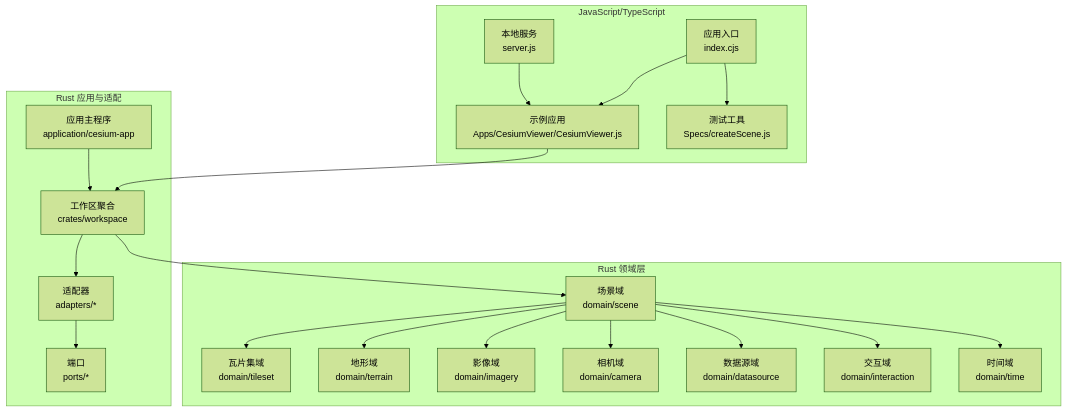
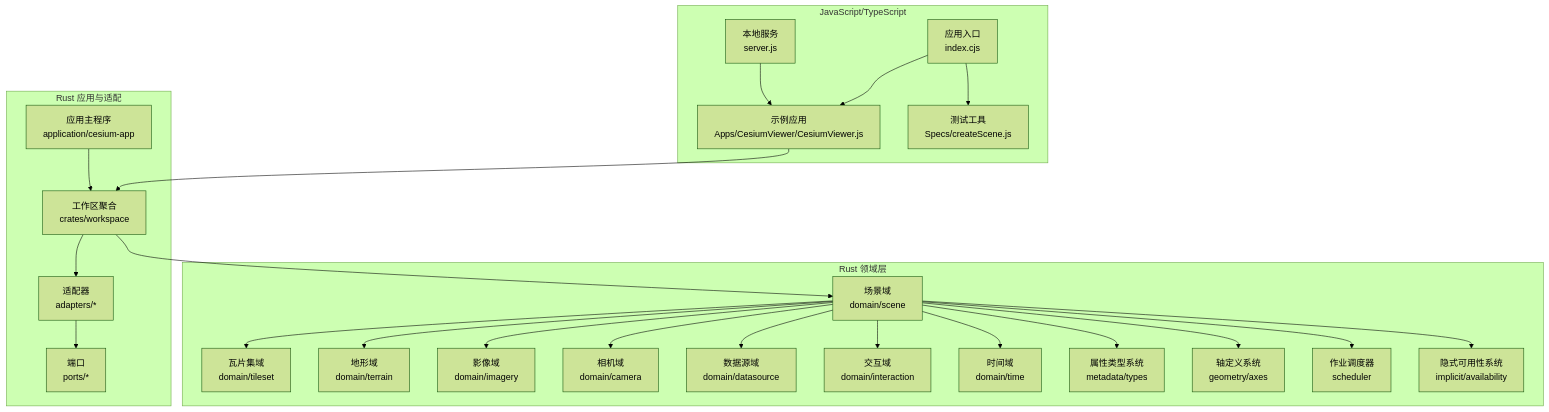
The first of 14 diagrams in .qoder/repowiki/zh/content/场景管理/场景管理架构.md (rzhangjing/cesium), drawn with Mermaid (forest theme) before and after one commit. The commit also changed other lines of this file and 90 other files, not shown here.

````diff
--- a/.qoder/repowiki/zh/content/场景管理/场景管理架构.md
+++ b/.qoder/repowiki/zh/content/场景管理/场景管理架构.md
@@ -46,40 +57,48 @@
 ```mermaid
 graph TB
 subgraph "JavaScript/TypeScript"
 A["应用入口<br/>index.cjs"]
 B["示例应用<br/>Apps/CesiumViewer/CesiumViewer.js"]
 C["本地服务<br/>server.js"]
 D["测试工具<br/>Specs/createScene.js"]
 end
 subgraph "Rust 领域层"
 E["场景域<br/>domain/scene"]
 F["瓦片集域<br/>domain/tileset"]
 G["地形域<br/>domain/terrain"]
 H["影像域<br/>domain/imagery"]
 I["相机域<br/>domain/camera"]
 J["数据源域<br/>domain/datasource"]
 K["交互域<br/>domain/interaction"]
 L["时间域<br/>domain/time"]
+M["属性类型系统<br/>metadata/types"]
+N["轴定义系统<br/>geometry/axes"]
+O["作业调度器<br/>scheduler"]
+P["隐式可用性系统<br/>implicit/availability"]
 end
 subgraph "Rust 应用与适配"
-M["应用主程序<br/>application/cesium-app"]
-N["工作区聚合<br/>crates/workspace"]
-O["适配器<br/>adapters/*"]
-P["端口<br/>ports/*"]
+Q["应用主程序<br/>application/cesium-app"]
+R["工作区聚合<br/>crates/workspace"]
+S["适配器<br/>adapters/*"]
+T["端口<br/>ports/*"]
 end
 A --> B
 A --> D
 C --> B
-B --> N
-N --> E
+B --> R
+R --> E
 E --> F
 E --> G
 E --> H
 E --> I
 E --> J
 E --> K
 E --> L
-M --> N
-N --> O
-O --> P
+E --> M
+E --> N
+E --> O
+E --> P
+Q --> R
+R --> S
+S --> T
 ```
````
